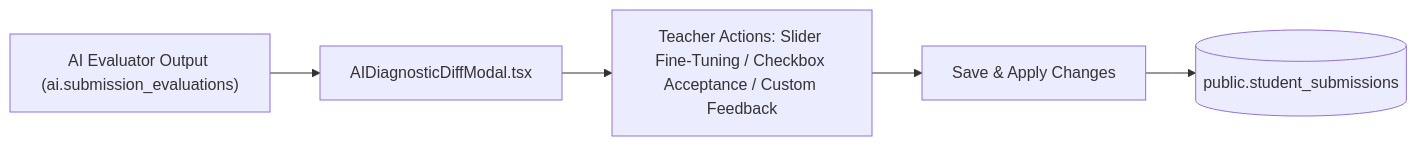
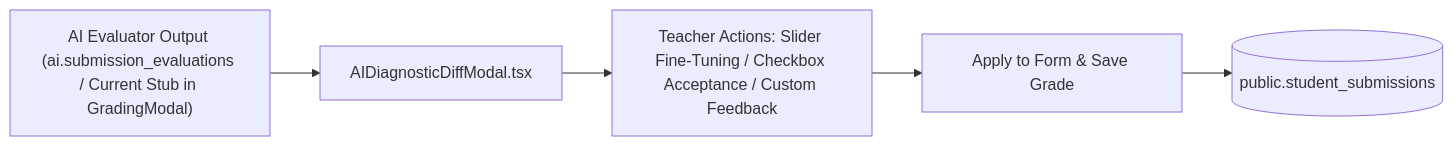
The third of 3 diagrams in docs/knowledge_store/submissions_store.md (VictorBravo9er/Teacher-Assistant-Workspace), drawn with Mermaid before and after one commit. The commit also changed other lines of this file and 43 other files, not shown here.

````diff
--- a/docs/knowledge_store/submissions_store.md
+++ b/docs/knowledge_store/submissions_store.md
@@ -167,14 +170,14 @@
 ```mermaid
 %%{init: {'flowchart': {'curve': 'linear'}}}%%
 flowchart LR
-    AIResult["AI Evaluator Output (ai.submission_evaluations)"]
+    AIResult["AI Evaluator Output (ai.submission_evaluations / Current Stub in GradingModal)"]
     DiffModal["AIDiagnosticDiffModal.tsx"]
     TeacherControls["Teacher Actions: Slider Fine-Tuning / Checkbox Acceptance / Custom Feedback"]
-    SaveAction["Save & Apply Changes"]
+    SaveAction["Apply to Form & Save Grade"]
     DBPublic[("public.student_submissions")]
 
     AIResult --> DiffModal
     DiffModal --> TeacherControls
     TeacherControls --> SaveAction
     SaveAction --> DBPublic
 ```
````
